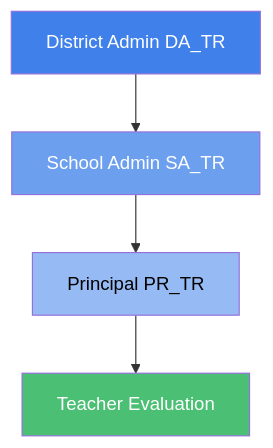
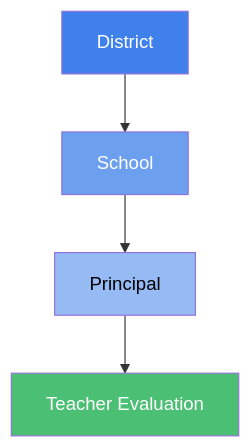
One commit to hoc-stateeval/stateeval-help changed the first of 2 diagrams in docs/reference/settings-inheritance.md. Above: the diagram before and after it, drawn with Mermaid. The commit also changed other lines of this file, not shown here.

````diff
--- a/docs/reference/settings-inheritance.md
+++ b/docs/reference/settings-inheritance.md
@@ -64,11 +49,11 @@
 ```mermaid
 flowchart TD
-    DA[District Admin DA_TR] --> SA[School Admin SA_TR]
-    SA --> PR[Principal PR_TR]
+    DA[District] --> SA[School]
+    SA --> PR[Principal]
     PR --> EVAL[Teacher Evaluation]
 
     style DA fill:#3F80EA,color:#fff
     style SA fill:#6d9fef,color:#fff
     style PR fill:#96bbf4,color:#000
     style EVAL fill:#4BBF73,color:#fff
 ```
````
